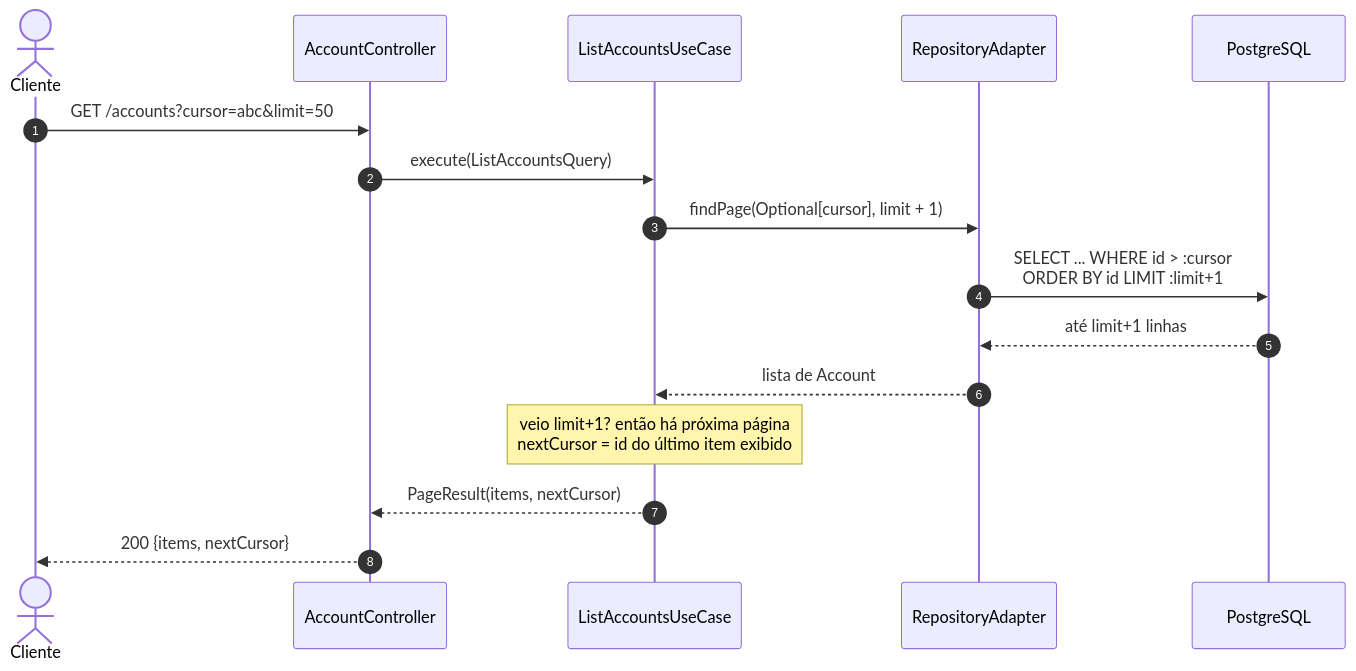
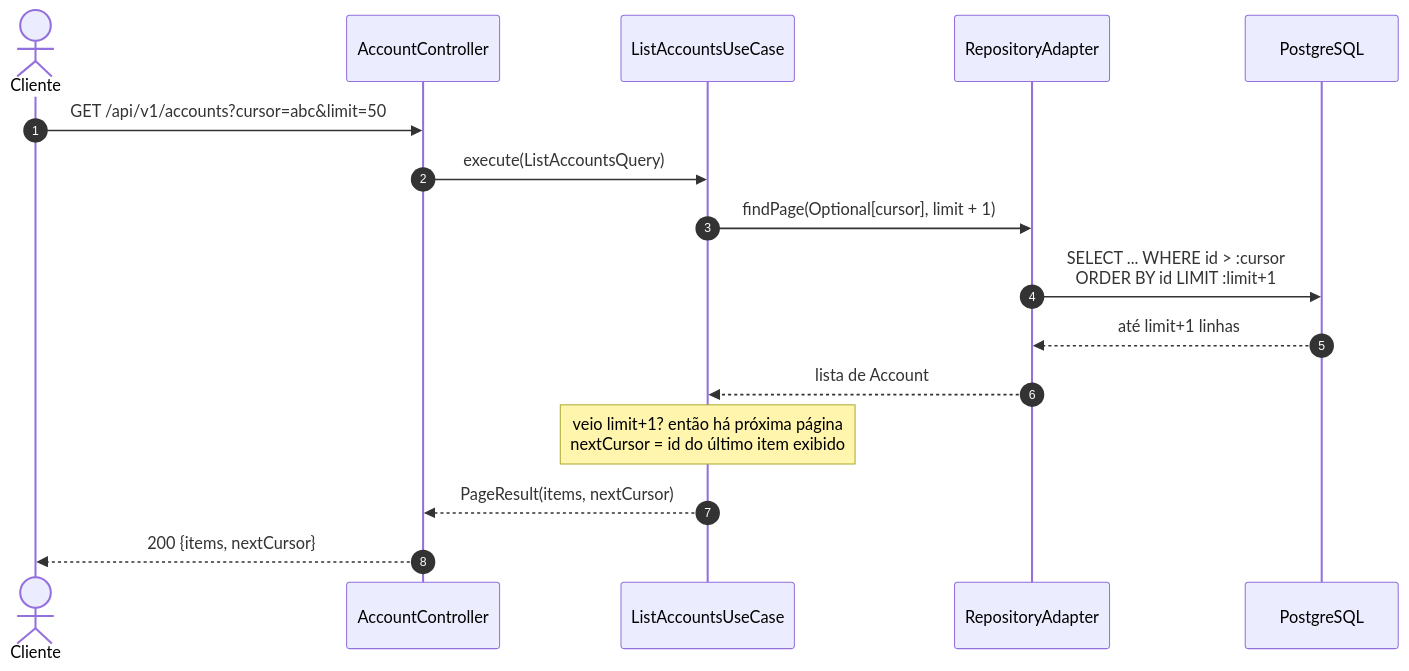
The third of 4 diagrams in docs/architecture-flow.md (RafaelKorb/enterprise-crud-spring), drawn with Mermaid before and after one commit. The commit also changed other lines of this file and 5 other files, not shown here.

````diff
--- a/docs/architecture-flow.md
+++ b/docs/architecture-flow.md
@@ -136,19 +137,19 @@
 ```mermaid
 sequenceDiagram
     autonumber
     actor C as Cliente
     participant RC as AccountController
     participant UC as ListAccountsUseCase
     participant RA as RepositoryAdapter
     participant DB as PostgreSQL
 
-    C->>RC: GET /accounts?cursor=abc&limit=50
+    C->>RC: GET /api/v1/accounts?cursor=abc&limit=50
     RC->>UC: execute(ListAccountsQuery)
     UC->>RA: findPage(Optional[cursor], limit + 1)
     RA->>DB: SELECT ... WHERE id > :cursor<br/>ORDER BY id LIMIT :limit+1
     DB-->>RA: até limit+1 linhas
     RA-->>UC: lista de Account
     Note over UC: veio limit+1? então há próxima página<br/>nextCursor = id do último item exibido
     UC-->>RC: PageResult(items, nextCursor)
     RC-->>C: 200 {items, nextCursor}
 ```
````
